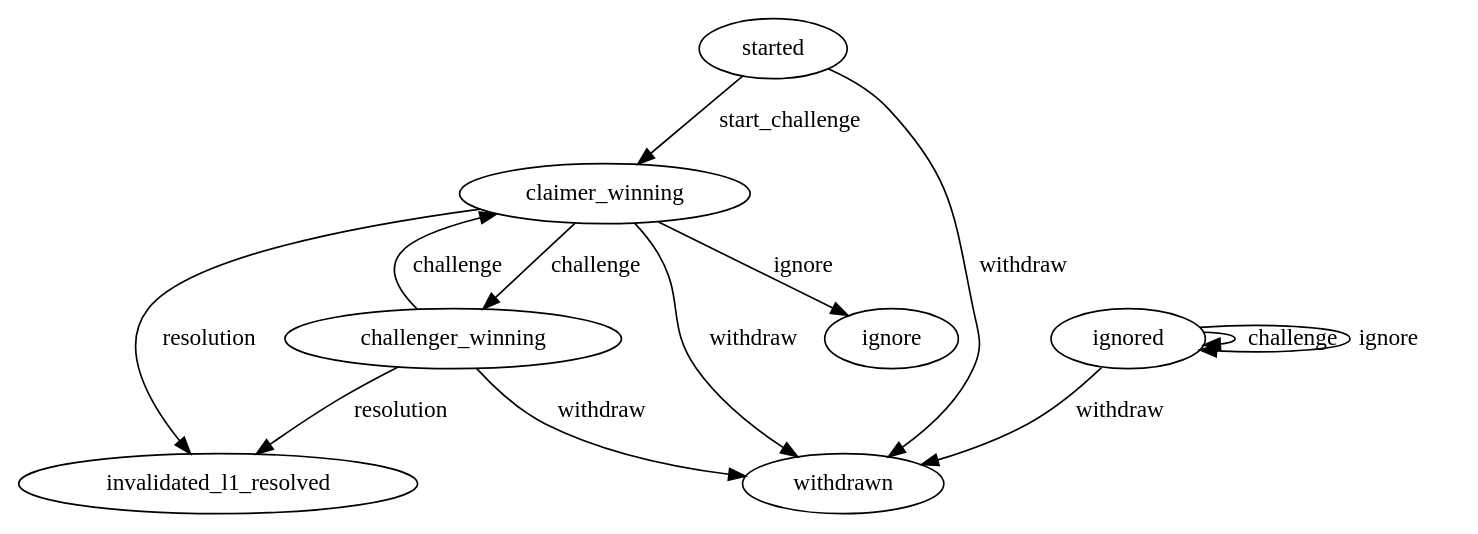
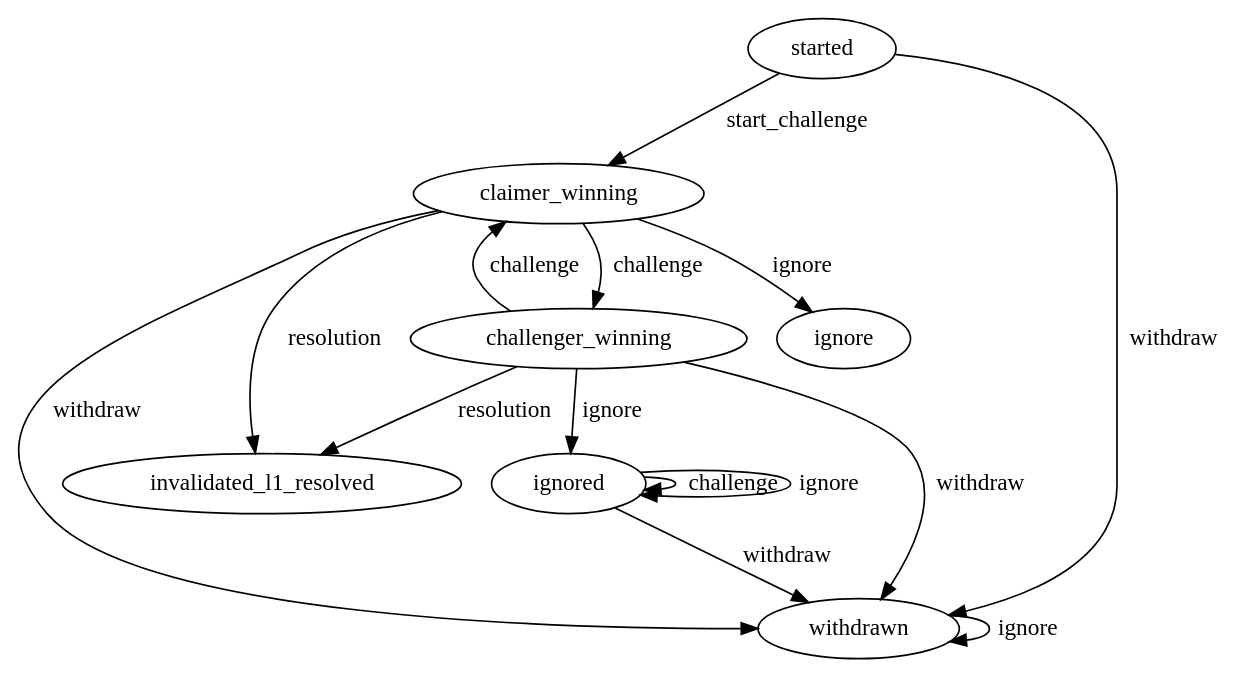
The diagram in docs/source/claim_state_machine.dot (beamer-bridge/beamer), drawn with Graphviz before and after one commit.

Commit message:
docs: update new state transitions for ignore()

```diff
--- a/docs/source/claim_state_machine.dot
+++ b/docs/source/claim_state_machine.dot
@@ -1,20 +1,22 @@
 digraph claim_state_machine {
     node [] started, claimer_winning, challenger_winning, invalidated_l1_resolved, ignored, withdrawn;
 
     started -> claimer_winning [label = start_challenge];
     started -> withdrawn [label = withdraw];
 
     claimer_winning -> challenger_winning [label = challenge];
     challenger_winning -> claimer_winning [label = challenge];
     ignored -> ignored [label = challenge];
 
     claimer_winning -> invalidated_l1_resolved [label = resolution];
     challenger_winning -> invalidated_l1_resolved [label = resolution];
 
     claimer_winning -> withdrawn [label = withdraw];
     challenger_winning -> withdrawn [label = withdraw];
     ignored -> withdrawn [label = withdraw];
 
     claimer_winning -> ignore [label = ignore];
+    challenger_winning -> ignored [label = ignore];
     ignored -> ignored [label = ignore];
+    withdrawn -> withdrawn [label = ignore];
 }
```
